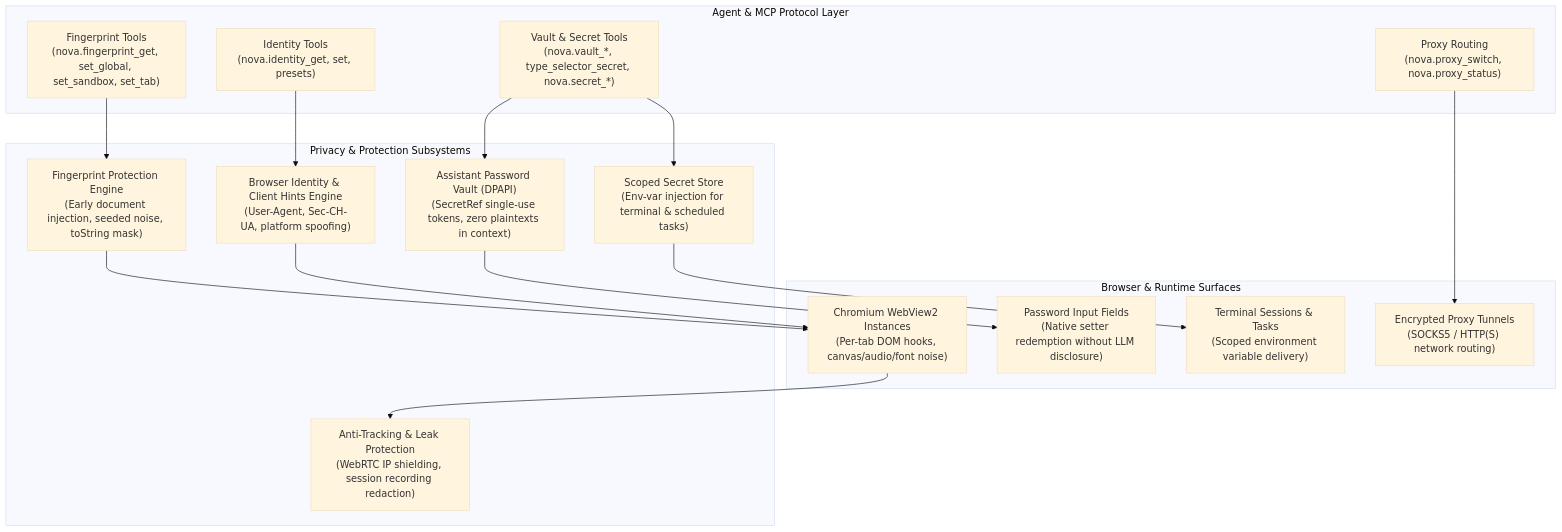
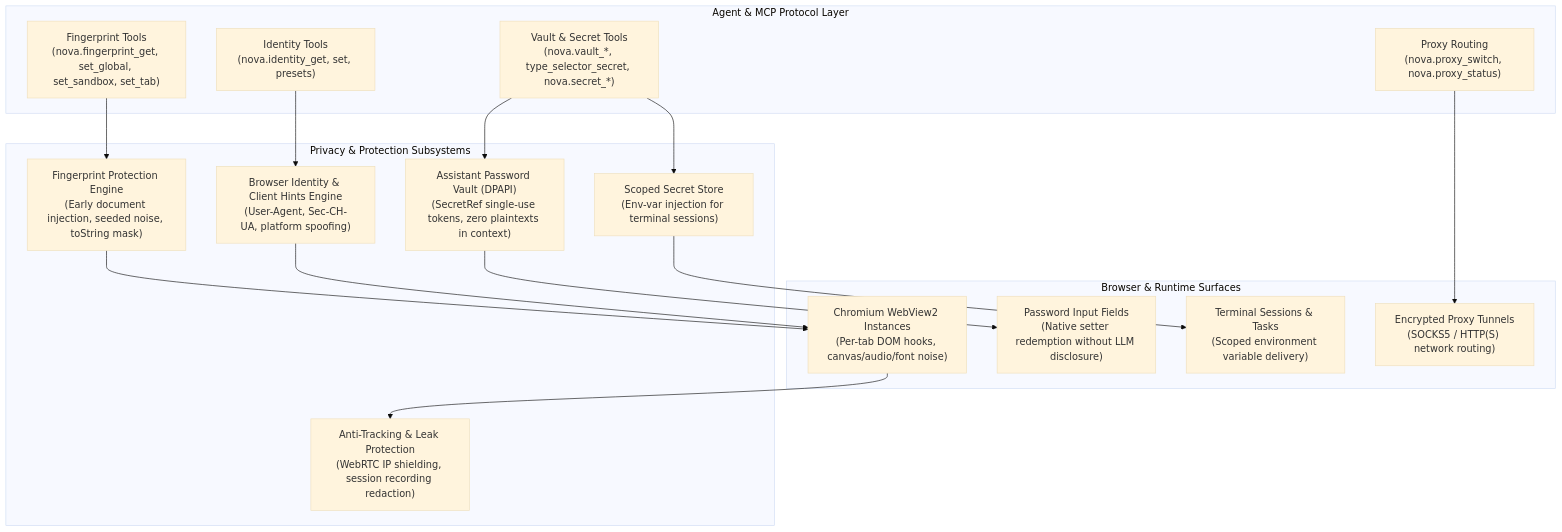
One commit to joelaniol/nova changed the first of 2 diagrams in docs/core-features/privacy/README.md. Above: the diagram before and after it, drawn with Mermaid (base theme). The commit also changed other lines of this file and 98 other files, not shown here.

Commit message:
docs: acceptable use and privacy (account rules, real key input is no permission, no getting around a block), account_rule and input mode tool pages, fastlanes guide; scheduled tasks pages removed

````diff
--- a/docs/core-features/privacy/README.md
+++ b/docs/core-features/privacy/README.md
@@ -7,32 +7,32 @@
 ```mermaid
 flowchart TD
     subgraph AgentLayer ["Agent & MCP Protocol Layer"]
         FingerprintTools["Fingerprint Tools<br/>(nova.fingerprint_get, set_global, set_sandbox, set_tab)"]
         IdentityTools["Identity Tools<br/>(nova.identity_get, set, presets)"]
         VaultTools["Vault & Secret Tools<br/>(nova.vault_*, type_selector_secret, nova.secret_*)"]
         ProxyTools["Proxy Routing<br/>(nova.proxy_switch, nova.proxy_status)"]
     end
 
     subgraph ProtectionEngines ["Privacy & Protection Subsystems"]
         FPResolver["Fingerprint Protection Engine<br/>(Early document injection, seeded noise, toString mask)"]
         IdentityEngine["Browser Identity & Client Hints Engine<br/>(User-Agent, Sec-CH-UA, platform spoofing)"]
         VaultStore["Assistant Password Vault (DPAPI)<br/>(SecretRef single-use tokens, zero plaintexts in context)"]
-        SecretStore["Scoped Secret Store<br/>(Env-var injection for terminal & scheduled tasks)"]
+        SecretStore["Scoped Secret Store<br/>(Env-var injection for terminal sessions)"]
         LeakProtector["Anti-Tracking & Leak Protection<br/>(WebRTC IP shielding, session recording redaction)"]
     end
 
     subgraph ExecutionSurfaces ["Browser & Runtime Surfaces"]
         WebViews["Chromium WebView2 Instances<br/>(Per-tab DOM hooks, canvas/audio/font noise)"]
         DOMFields["Password Input Fields<br/>(Native setter redemption without LLM disclosure)"]
         TerminalTasks["Terminal Sessions & Tasks<br/>(Scoped environment variable delivery)"]
         ProxyTunnel["Encrypted Proxy Tunnels<br/>(SOCKS5 / HTTP(S) network routing)"]
     end
 
     FingerprintTools --> FPResolver --> WebViews
     IdentityTools --> IdentityEngine --> WebViews
     VaultTools --> VaultStore --> DOMFields
     VaultTools --> SecretStore --> TerminalTasks
     ProxyTools --> ProxyTunnel
 
     WebViews --> LeakProtector
 ```
````
